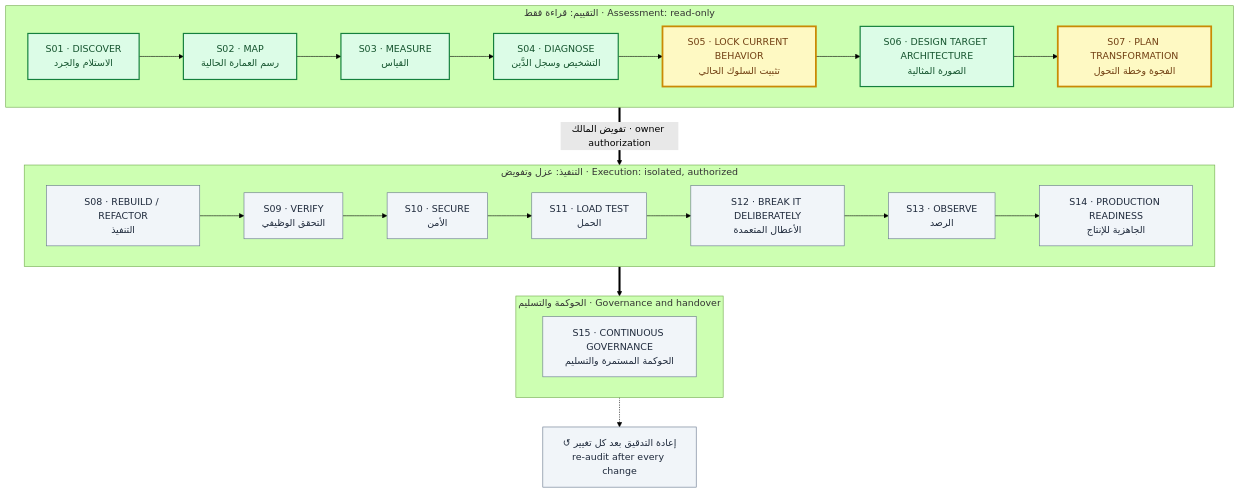
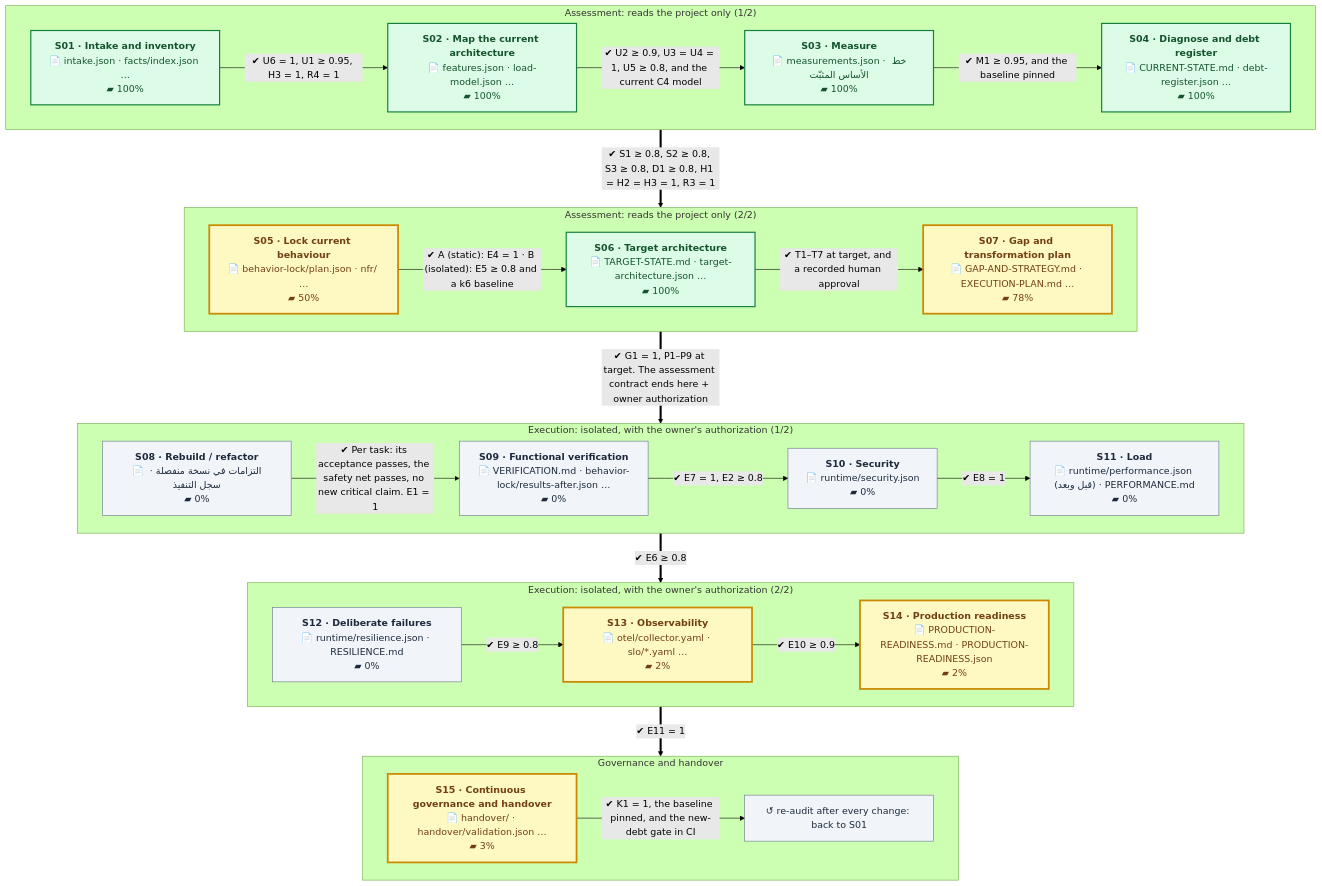
Before and after one commit to eom1417/engineering-audit-os: the first of 2 diagrams in README.en.md, drawn with Mermaid (forest theme). The commit also changed other lines of this file and 8 other files, not shown here.

````diff
--- a/README.en.md
+++ b/README.en.md
@@ -213,37 +52,54 @@
 ```mermaid
+%%{init: {'flowchart': {'wrappingWidth': 260, 'nodeSpacing': 40, 'rankSpacing': 60}}}%%
 flowchart TB
-    subgraph ASSESS["التقييم: قراءة فقط · Assessment: read-only"]
+    subgraph P1["Assessment: reads the project only (1/2)"]
         direction LR
-        S01["S01 · DISCOVER<br/>الاستلام والجرد"]:::done
-        S02["S02 · MAP<br/>رسم العمارة الحالية"]:::done
-        S03["S03 · MEASURE<br/>القياس"]:::done
-        S04["S04 · DIAGNOSE<br/>التشخيص وسجل الدَّين"]:::done
-        S05["S05 · LOCK CURRENT BEHAVIOR<br/>تثبيت السلوك الحالي"]:::current
-        S06["S06 · DESIGN TARGET ARCHITECTURE<br/>الصورة المثالية"]:::done
-        S07["S07 · PLAN TRANSFORMATION<br/>الفجوة وخطة التحول"]:::current
-        S01 --> S02 --> S03 --> S04 --> S05 --> S06 --> S07
+        S01["<b>S01 · Intake and inventory</b><br/>📄 intake.json · facts/index.json …<br/>▰ 100%"]:::done
+        S02["<b>S02 · Map the current architecture</b><br/>📄 features.json · load-model.json …<br/>▰ 100%"]:::done
+        S03["<b>S03 · Measure</b><br/>📄 measurements.json · خط الأساس المثبّت<br/>▰ 100%"]:::done
+        S04["<b>S04 · Diagnose and debt register</b><br/>📄 CURRENT-STATE.md · debt-register.json …<br/>▰ 100%"]:::done
+        S01 -->|"✔ U6 = 1, U1 ≥ 0.95, H3 = 1, R4 = 1"| S02
+        S02 -->|"✔ U2 ≥ 0.9, U3 = U4 = 1, U5 ≥ 0.8, and the current C4 model"| S03
+        S03 -->|"✔ M1 ≥ 0.95, and the baseline pinned"| S04
     end
-    subgraph EXECUTE["التنفيذ: عزل وتفويض · Execution: isolated, authorized"]
+    subgraph P2["Assessment: reads the project only (2/2)"]
         direction LR
-        S08["S08 · REBUILD / REFACTOR<br/>التنفيذ"]:::next
-        S09["S09 · VERIFY<br/>التحقق الوظيفي"]:::next
-        S10["S10 · SECURE<br/>الأمن"]:::next
-        S11["S11 · LOAD TEST<br/>الحمل"]:::next
-        S12["S12 · BREAK IT DELIBERATELY<br/>الأعطال المتعمدة"]:::next
-        S13["S13 · OBSERVE<br/>الرصد"]:::next
-        S14["S14 · PRODUCTION READINESS<br/>الجاهزية للإنتاج"]:::next
-        S08 --> S09 --> S10 --> S11 --> S12 --> S13 --> S14
+        S05["<b>S05 · Lock current behaviour</b><br/>📄 behavior-lock/plan.json · nfr/ …<br/>▰ 50%"]:::current
+        S06["<b>S06 · Target architecture</b><br/>📄 TARGET-STATE.md · target-architecture.json …<br/>▰ 100%"]:::done
+        S07["<b>S07 · Gap and transformation plan</b><br/>📄 GAP-AND-STRATEGY.md · EXECUTION-PLAN.md …<br/>▰ 78%"]:::current
+        S05 -->|"✔ A (static): E4 = 1 · B (isolated): E5 ≥ 0.8 and a k6 baseline"| S06
+        S06 -->|"✔ T1–T7 at target, and a recorded human approval"| S07
     end
-    subgraph GOVERN["الحوكمة والتسليم · Governance and handover"]
+    subgraph P3["Execution: isolated, with the owner's authorization (1/2)"]
         direction LR
-        S15["S15 · CONTINUOUS GOVERNANCE<br/>الحوكمة المستمرة والتسليم"]:::next
+        S08["<b>S08 · Rebuild / refactor</b><br/>📄 التزامات في نسخة منفصلة · سجل التنفيذ<br/>▰ 0%"]:::next
+        S09["<b>S09 · Functional verification</b><br/>📄 VERIFICATION.md · behavior-lock/results-after.json …<br/>▰ 0%"]:::next
+        S10["<b>S10 · Security</b><br/>📄 runtime/security.json<br/>▰ 0%"]:::next
+        S11["<b>S11 · Load</b><br/>📄 runtime/performance.json (قبل وبعد) · PERFORMANCE.md<br/>▰ 0%"]:::next
+        S08 -->|"✔ Per task: its acceptance passes, the safety net passes, no new critical claim. E1 = 1"| S09
+        S09 -->|"✔ E7 = 1, E2 ≥ 0.8"| S10
+        S10 -->|"✔ E8 = 1"| S11
     end
-    ASSESS ==>|تفويض المالك · owner authorization| EXECUTE
-    EXECUTE ==> GOVERN
-    LOOP["↺ إعادة التدقيق بعد كل تغيير<br/>re-audit after every change"]:::next
-    GOVERN -.-> LOOP
+    subgraph P4["Execution: isolated, with the owner's authorization (2/2)"]
+        direction LR
+        S12["<b>S12 · Deliberate failures</b><br/>📄 runtime/resilience.json · RESILIENCE.md<br/>▰ 0%"]:::next
+        S13["<b>S13 · Observability</b><br/>📄 otel/collector.yaml · slo/*.yaml …<br/>▰ 2%"]:::current
+        S14["<b>S14 · Production readiness</b><br/>📄 PRODUCTION-READINESS.md · PRODUCTION-READINESS.json<br/>▰ 2%"]:::current
+        S12 -->|"✔ E9 ≥ 0.8"| S13
+        S13 -->|"✔ E10 ≥ 0.9"| S14
+    end
+    subgraph P5["Governance and handover"]
+        direction LR
+        S15["<b>S15 · Continuous governance and handover</b><br/>📄 handover/ · handover/validation.json …<br/>▰ 3%"]:::current
+        LOOP["↺ re-audit after every change: back to S01"]:::next
+        S15 -->|"✔ K1 = 1, the baseline pinned, and the new-debt gate in CI"| LOOP
+    end
+    P1 ==>|"✔ S1 ≥ 0.8, S2 ≥ 0.8, S3 ≥ 0.8, D1 ≥ 0.8, H1 = H2 = H3 = 1, R3 = 1"| P2
+    P2 ==>|"✔ G1 = 1, P1–P9 at target. The assessment contract ends here + owner authorization"| P3
+    P3 ==>|"✔ E6 ≥ 0.8"| P4
+    P4 ==>|"✔ E11 = 1"| P5
     classDef done fill:#dcfce7,stroke:#15803d,color:#14532d,stroke-width:2px
     classDef current fill:#fef9c3,stroke:#ca8a04,color:#713f12,stroke-width:3px
     classDef next fill:#f1f5f9,stroke:#64748b,color:#1e293b
     classDef owner fill:#fee2e2,stroke:#b91c1c,color:#7f1d1d,stroke-dasharray:5 3
 ```
````
